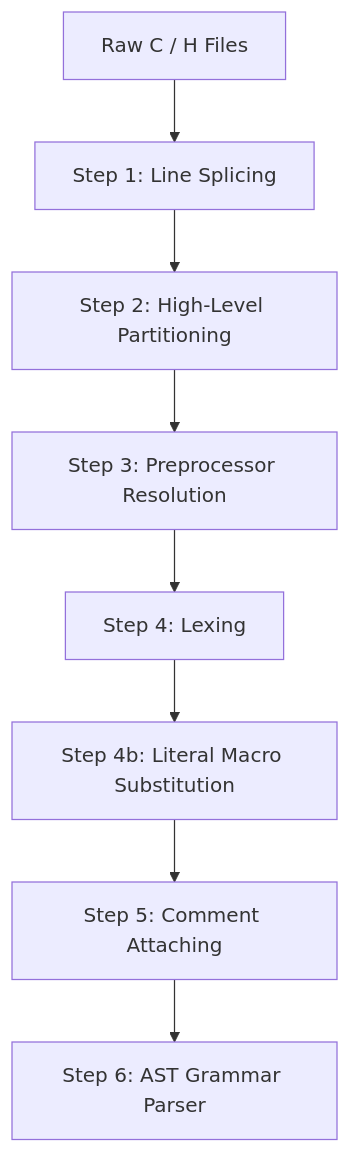
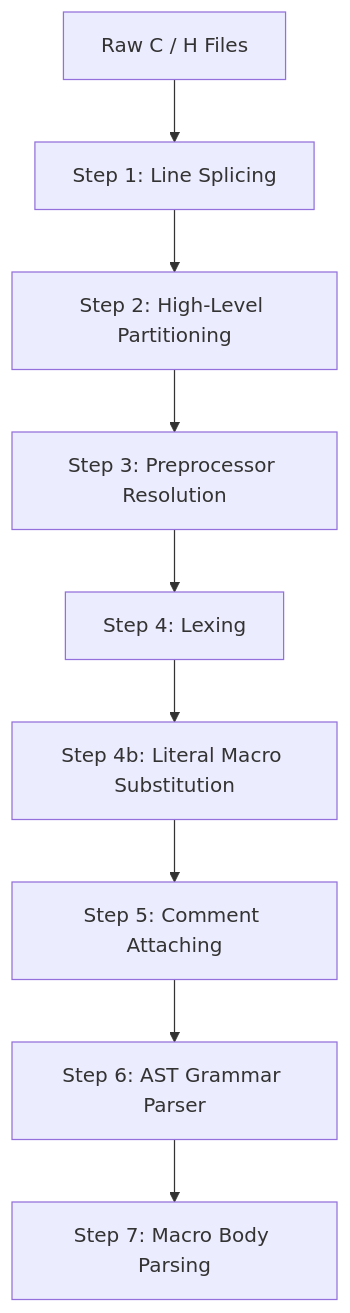
One commit to voelklmichael/doom_v4 changed the diagram in docs/01_PARSER.md. Above: the diagram before and after it, drawn with Mermaid. The commit also changed other lines of this file and 1 other file, not shown here.

First line of the commit message:
docs(parser): add step 7, macro body parsing

````diff
--- a/docs/01_PARSER.md
+++ b/docs/01_PARSER.md
@@ -9,10 +9,11 @@
 ```mermaid
 flowchart TD
     Raw[Raw C / H Files] --> S1[Step 1: Line Splicing]
     S1 --> S2[Step 2: High-Level Partitioning]
     S2 --> S3[Step 3: Preprocessor Resolution]
     S3 --> S4[Step 4: Lexing]
     S4 --> S4b[Step 4b: Literal Macro Substitution]
     S4b --> S5[Step 5: Comment Attaching]
     S5 --> S6[Step 6: AST Grammar Parser]
+    S6 --> S7[Step 7: Macro Body Parsing]
 ```
````
